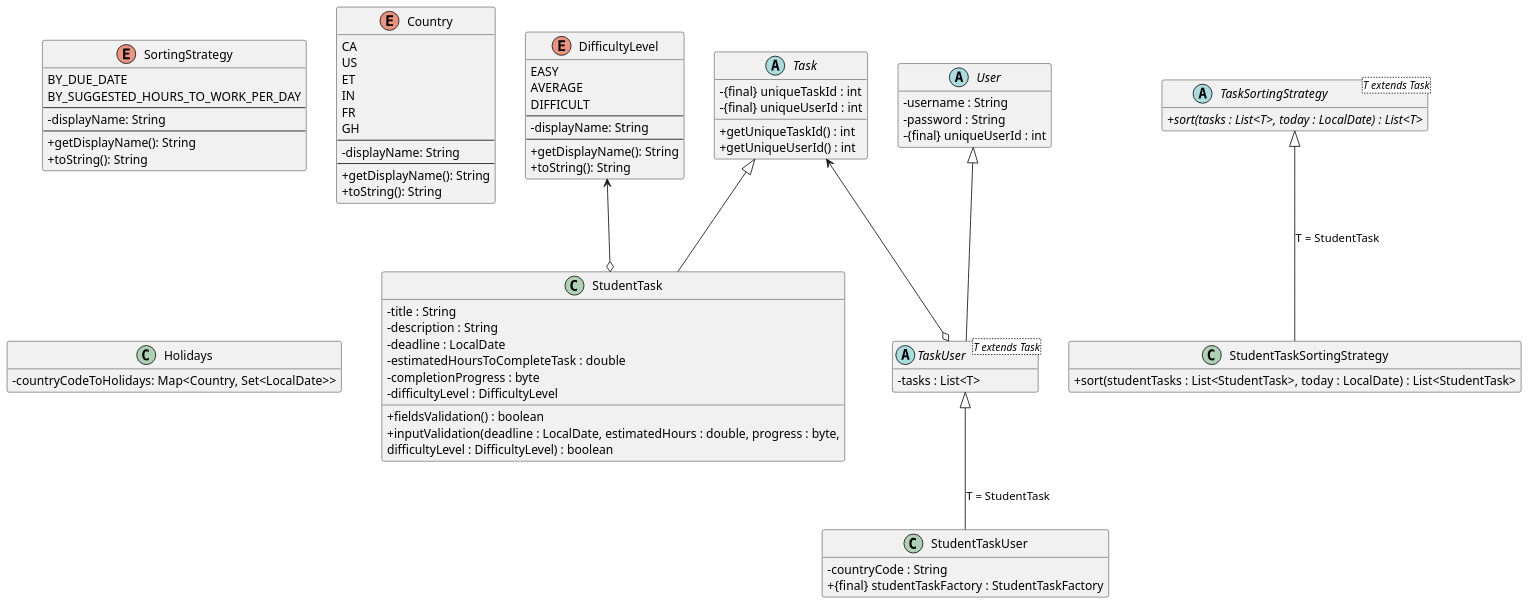
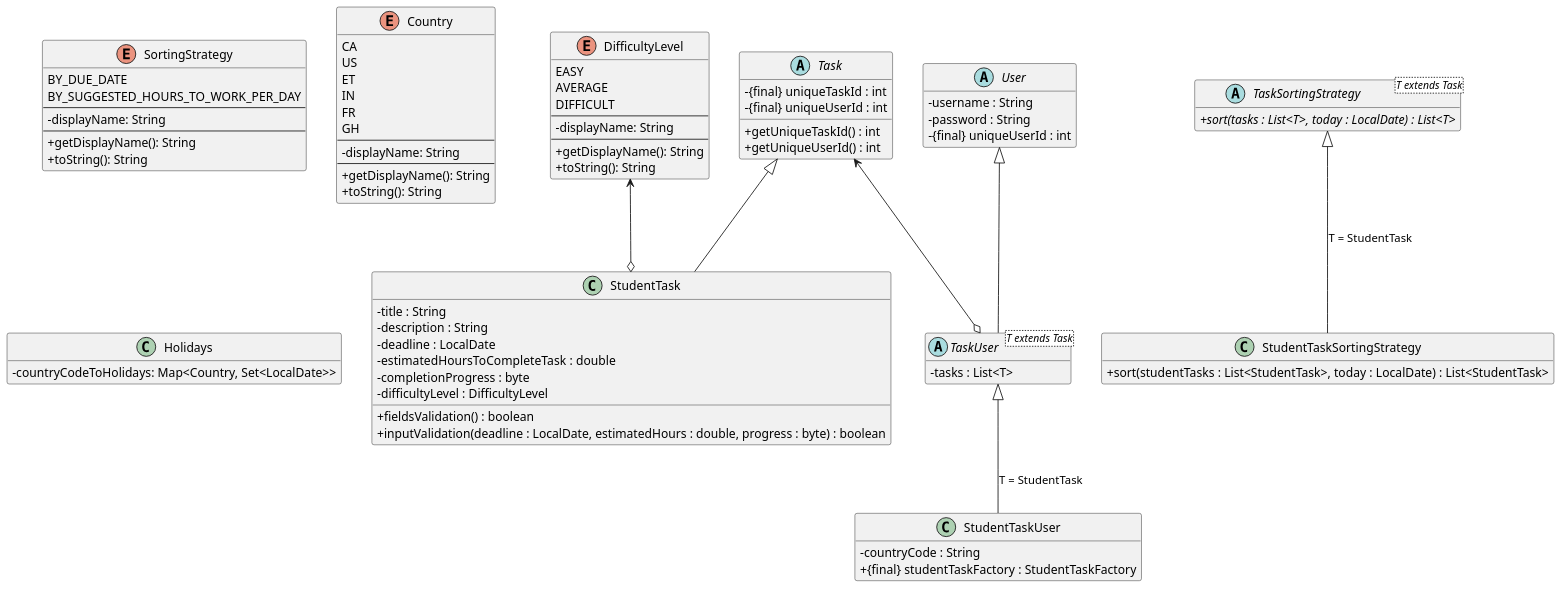
The first of 2 diagrams in Entities.puml (CSC207-2025F-UofT/team-project), drawn with PlantUML before and after one commit.

Commit message:
update entities diagram to make the correction

```diff
--- a/Entities.puml
+++ b/Entities.puml
@@ -1,133 +1,132 @@
 @startuml
 'https://plantuml.com/class-diagram
 ' `..|>` represents Interface Realization/Implementation (dashed line with an open arrow).
 ' `--|>` represents Inheritance/Generalization (solid line with an open arrow).
 ' `o-->` represents Aggregation (a hollow diamond pointing to the owner/container).
 '     The "\*" indicates multiplicity (e.g., Drawing holds multiple Shape objects).
 skinparam dpi 120
 skinparam classAttributeIconSize 0
 hide empty members
 
 ' ========
 ' Foundational entities
 ' ========
 
 ' The enumeration here must be properly ordered
 enum DifficultyLevel {
   EASY
   AVERAGE
   DIFFICULT
   --
   -displayName: String
   --
   +getDisplayName(): String
   +toString(): String
 }
 
 enum SortingStrategy {
   BY_DUE_DATE
   BY_SUGGESTED_HOURS_TO_WORK_PER_DAY
   --
   -displayName: String
   --
   +getDisplayName(): String
   +toString(): String
 }
 
 ' CA - Canada, US - USA, ET - Ethiopia, IN - India, FR - France, GH - Ghana
 ' There are more country codes, below is just an example.
 ' The implementation would contain a much more comprehensive list.
 enum Country {
   CA
   US
   ET
   IN
   FR
   GH
   --
   -displayName: String
   --
   +getDisplayName(): String
   +toString(): String
 }
 
 ' The `uniqueTaskId` is only unique per user
 ' The `uniqueUserId` reflects the user that owns the `Task`
 abstract class Task {
   - {final} uniqueTaskId : int
   - {final} uniqueUserId : int
   + getUniqueTaskId() : int
   + getUniqueUserId() : int
 }
 
 ' The `fieldsValidation()` method checks the following in the fields of the StudentTask object:
 ' - The estimated number of hours needed to complete the task must be positive
 ' - The completion progress must be an integer between 0 and 100. Both 0 and 100 are allowed.
 ' - The `deadline` field cannot be empty, and it can be a date that has already passed.
 ' - The `uniqueUserId` field cannot be 0 (the default initializing value)
 ' - Neither the title nor the description can be null, although they can be empty strings.
 ' - The difficulty level cannot be `null`.
 ' The constructor of `StudentTask` should use the method `fieldsValidation()` to double-check the validity of the
 '     object created, and throw an error if the item is not valid.
 ' The setter of `StudentTask` should use the method `fieldsValidation()` to double-check the validity of the object
 '     before and after the fields are changed, and throw an error if the item is not valid.
 ' The `inputValidation()` method checks the following inputs, which may or may not be fields of the StudentTask object.
 '     This method would be used in the setter methods of the following fields, before the changes, to prevent illegal
 '     inputs from modifying these fields of the `StudentTask` object. In addition, this method can be used in the use
 '     cases to prevent users from entering bad data, corrupting the `StudentTask`.
 ' - The `deadline`
 ' - The `estimated number of hours`
 ' - The `completion progress`
 class StudentTask {
   - title : String
   - description : String
   - deadline : LocalDate
   - estimatedHoursToCompleteTask : double
   - completionProgress : byte
   - difficultyLevel : DifficultyLevel
   + fieldsValidation() : boolean
-  + inputValidation(deadline : LocalDate, estimatedHours : double, progress : byte,
-      difficultyLevel : DifficultyLevel) : boolean
+  + inputValidation(deadline : LocalDate, estimatedHours : double, progress : byte) : boolean
 }
 
 abstract class User {
   - username : String
   - password : String
   - {final} uniqueUserId : int
 }
 
 abstract class TaskUser<T extends Task> {
   - tasks : List<T>
 }
 
 class StudentTaskUser {
   - countryCode : String
   + {final} studentTaskFactory : StudentTaskFactory
 }
 
 abstract class TaskSortingStrategy<T extends Task> {
   + {abstract} sort(tasks : List<T>, today : LocalDate) : List<T>
 }
 
 class StudentTaskSortingStrategy {
   + sort(studentTasks : List<StudentTask>, today : LocalDate) : List<StudentTask>
 }
 
 ' Country code is in ISO 3166-1 alpha-2 code
 class Holidays {
   - countryCodeToHolidays: Map<Country, Set<LocalDate>>
 }
 
 
 Task <|-- StudentTask
 
 User <|-- TaskUser
 TaskUser <|-- StudentTaskUser : T = StudentTask
 
 Task <--o TaskUser
 
 TaskSortingStrategy <|-- StudentTaskSortingStrategy : T = StudentTask
 
 DifficultyLevel <--o StudentTask
 
 @enduml
```
